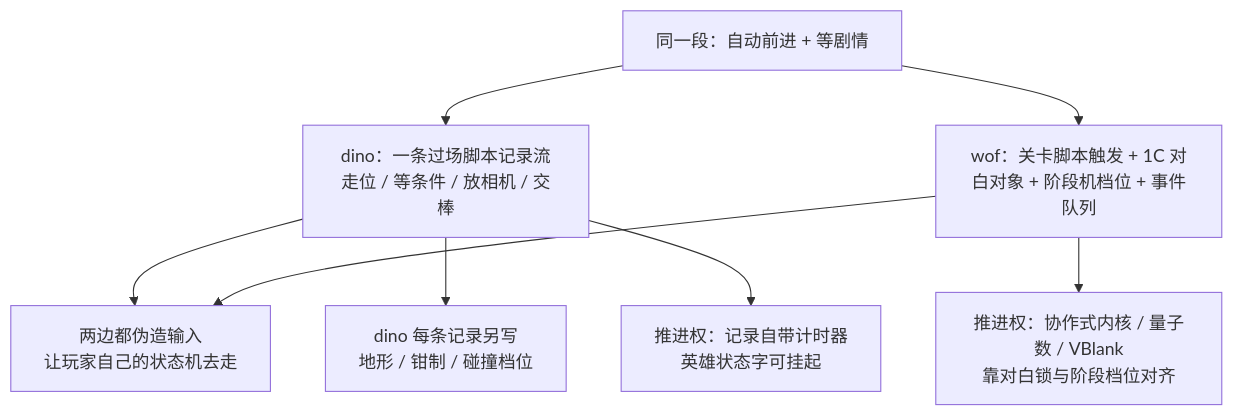
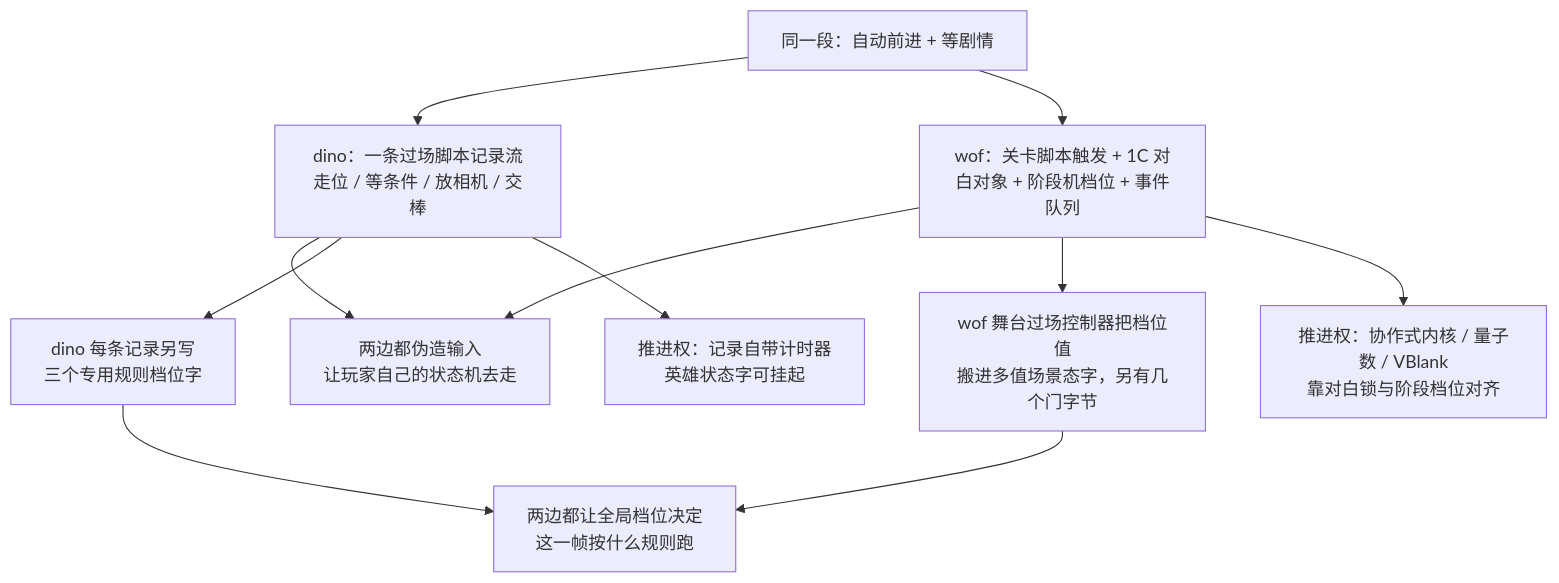
One commit to OrochiZ/cadillacs-and-dinosaurs-rust-remake changed diagram 18 of 18 in notes/06-method.md. Above: the diagram before and after it, drawn with Mermaid. The commit also changed other lines of this file and 1 other file, not shown here.

First line of the commit message:
笔记：§94.10 按消费端反查补 wof 侧规则档位层，收窄「不推断有无」

````diff
--- a/notes/06-method.md
+++ b/notes/06-method.md
@@ -2277,10 +2277,13 @@
 ```mermaid
 flowchart TB
     A["同一段：自动前进 + 等剧情"] --> B["dino：一条过场脚本记录流<br/>走位 / 等条件 / 放相机 / 交棒"]
     A --> C["wof：关卡脚本触发 + 1C 对白对象 + 阶段机档位 + 事件队列"]
     B --> D["两边都伪造输入<br/>让玩家自己的状态机去走"]
     C --> D
-    B --> G["dino 每条记录另写<br/>地形 / 钳制 / 碰撞档位"]
+    B --> G["dino 每条记录另写<br/>三个专用规则档位字"]
+    C --> H["wof 舞台过场控制器把档位值<br/>搬进多值场景态字，另有几个门字节"]
+    G --> I["两边都让全局档位决定<br/>这一帧按什么规则跑"]
+    H --> I
     B --> E["推进权：记录自带计时器<br/>英雄状态字可挂起"]
     C --> F["推进权：协作式内核 / 量子数 / VBlank<br/>靠对白锁与阶段档位对齐"]
 ```
````
